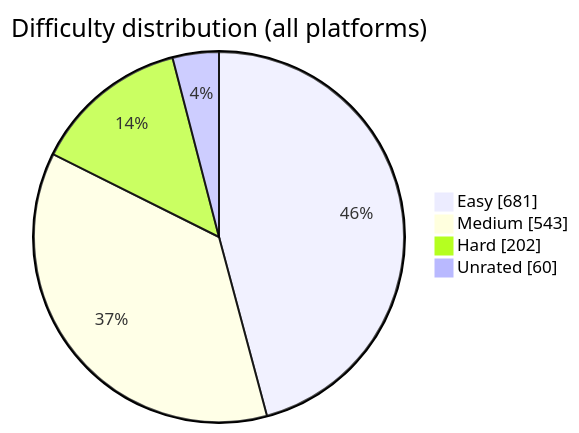
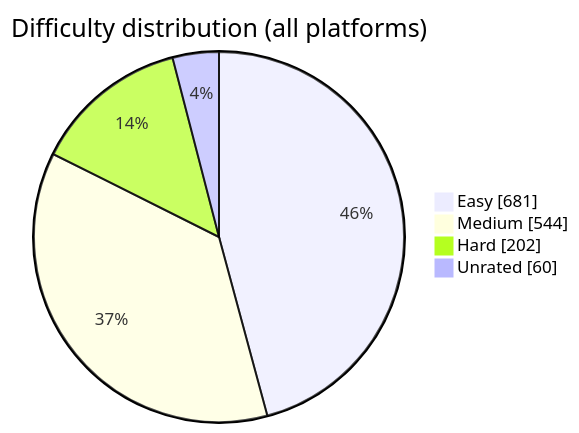
The diagram in README.md (BuildbyArindam/Daily-Coding-Log), drawn with Mermaid before and after one commit. The commit also changed other lines of this file, not shown here.

````diff
--- a/README.md
+++ b/README.md
@@ -93,7 +93,7 @@
 ```mermaid
 pie showData title Difficulty distribution (all platforms)
     "Easy" : 681
-    "Medium" : 543
+    "Medium" : 544
     "Hard" : 202
     "Unrated" : 60
 ```
````
